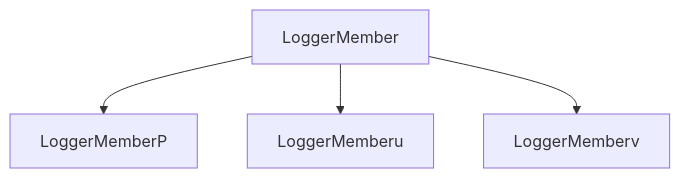
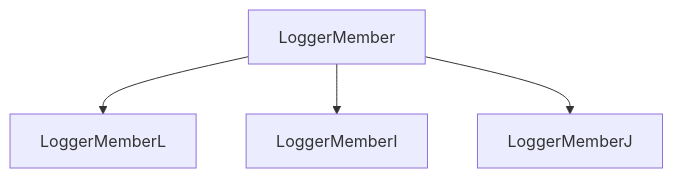
The diagram in mermaid.md (ellementul/uee-core), drawn with Mermaid before and after one commit. The commit also changed 3 other files, not shown here.

````diff
--- a/mermaid.md
+++ b/mermaid.md
@@ -1,11 +1,11 @@
 ```mermaid
  flowchart TD
-    dl58cFdPkSpg38jOr2W4HYaE0EShu8TKEMt1Pkdh[LoggerMember]
-    PQWn3wENcHXnWb8J8fQjDhEI10tC53WLKEykd6t0[LoggerMemberP]
-    uUnfJLVRxrha1d427xAMvPMQyineq3J6oLpBaVIf[LoggerMemberu]
-    vsDxSGQ4GdWKQGlxC8FmZ7Kw3U2j[LoggerMemberv]
+    YwHZgaXabnukkus5DrIu0sjd6nxTqoD0Lx4krtX9[LoggerMember]
+    L6mgI7j1U4gcbKjM207htO9pdHBd3S2lYtgsDkuG[LoggerMemberL]
+    IaRBXjXDxiQr830YjbCc7YaXnbln4YlDXwFT9k5m[LoggerMemberI]
+    J1uuTuBgnvhOyNsp9RR2Qx7FoiMGSx5BumApNgN[LoggerMemberJ]
 
-    dl58cFdPkSpg38jOr2W4HYaE0EShu8TKEMt1Pkdh --> PQWn3wENcHXnWb8J8fQjDhEI10tC53WLKEykd6t0
-    dl58cFdPkSpg38jOr2W4HYaE0EShu8TKEMt1Pkdh --> uUnfJLVRxrha1d427xAMvPMQyineq3J6oLpBaVIf
-    dl58cFdPkSpg38jOr2W4HYaE0EShu8TKEMt1Pkdh --> vsDxSGQ4GdWKQGlxC8FmZ7Kw3U2j
+    YwHZgaXabnukkus5DrIu0sjd6nxTqoD0Lx4krtX9 --> L6mgI7j1U4gcbKjM207htO9pdHBd3S2lYtgsDkuG
+    YwHZgaXabnukkus5DrIu0sjd6nxTqoD0Lx4krtX9 --> IaRBXjXDxiQr830YjbCc7YaXnbln4YlDXwFT9k5m
+    YwHZgaXabnukkus5DrIu0sjd6nxTqoD0Lx4krtX9 --> J1uuTuBgnvhOyNsp9RR2Qx7FoiMGSx5BumApNgN
 ```
````
